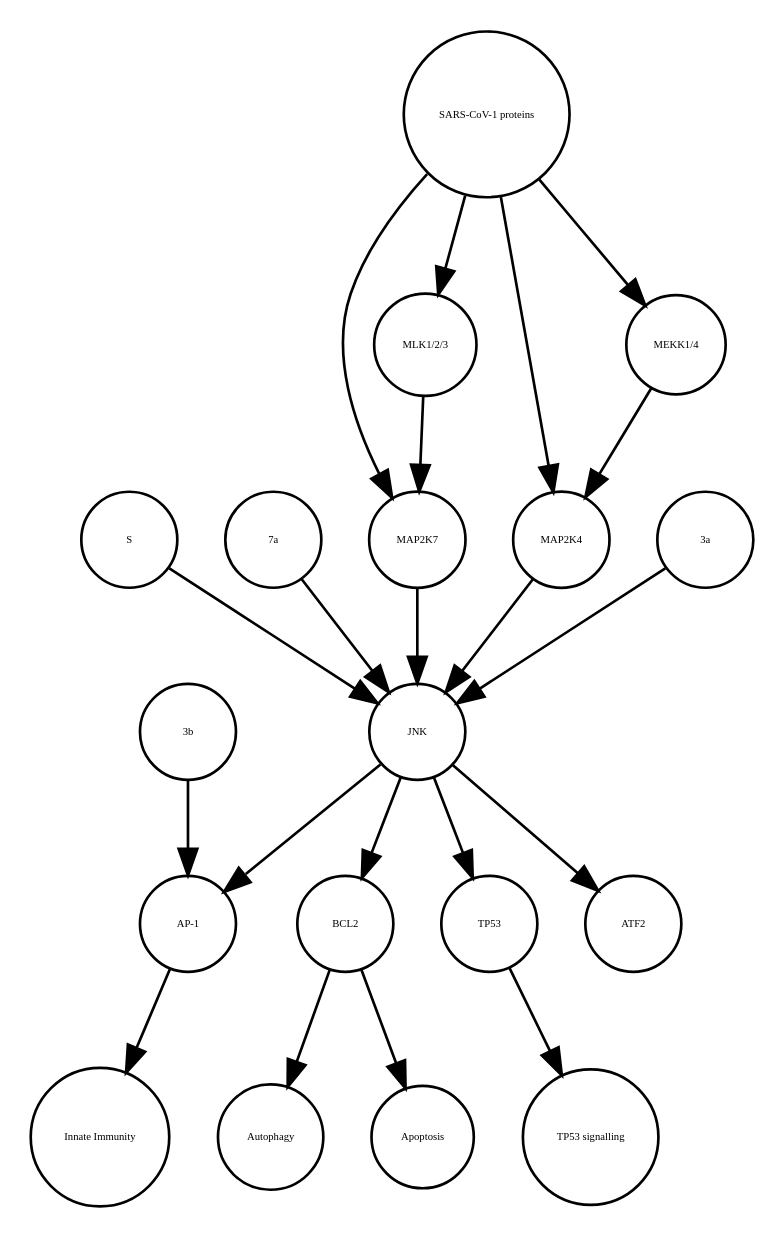
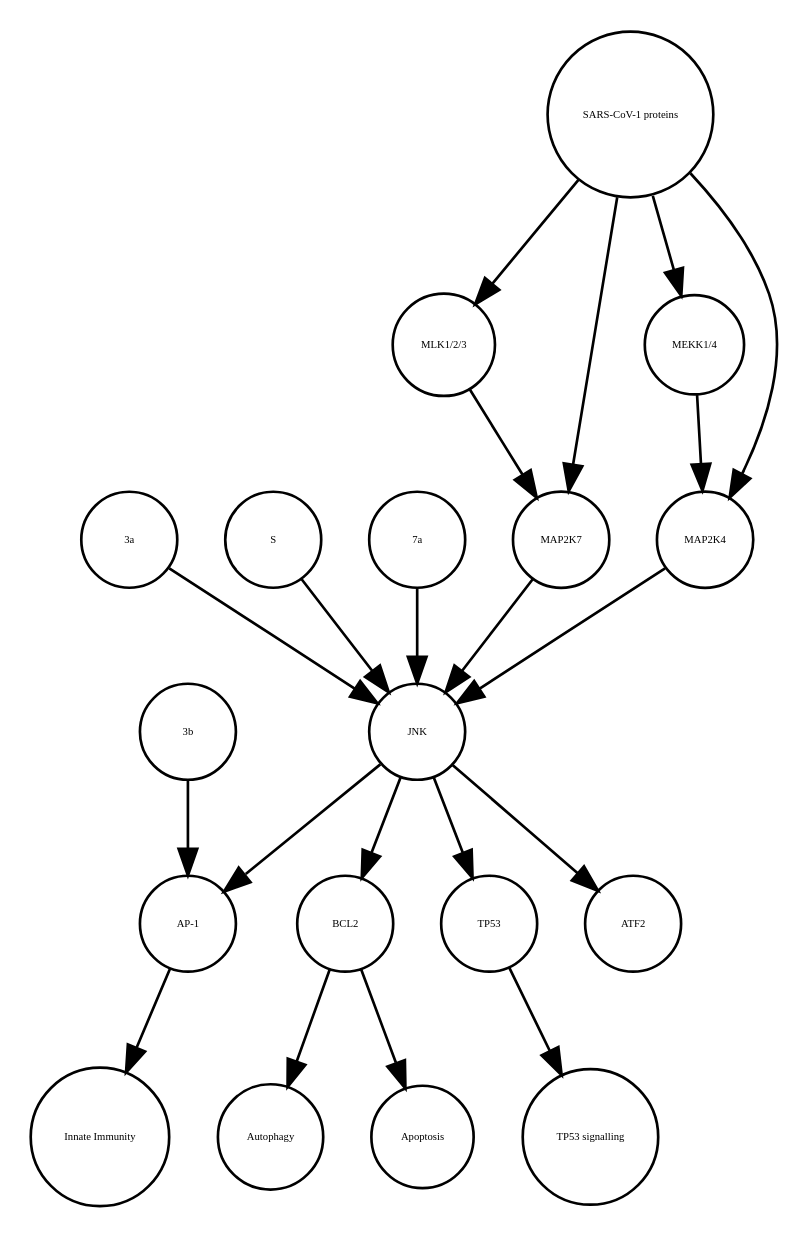
One commit to cannin/covid19-sbgn changed the diagram in JNK_pathway_stable.xml_projected.dot. Above: the diagram before and after it, drawn with Graphviz. The commit also changed other lines of this file and 564 other files, not shown here.

```diff
--- a/JNK_pathway_stable.xml_projected.dot
+++ b/JNK_pathway_stable.xml_projected.dot
@@ -1,40 +1,40 @@
 strict digraph  {
 BCL2 [annotation=urn_miriam_ncbigene_596, bipartite=0, cls=macromolecule, fontsize=4, label=BCL2, shape=circle];
 Autophagy [annotation="urn_miriam_obo.go_GO%3A0006914", bipartite=0, cls=phenotype, fontsize=4, label=Autophagy, shape=circle];
 "AP-1" [annotation="", bipartite=0, cls=complex, fontsize=4, label="AP-1", shape=circle];
 "Innate Immunity" [annotation="urn_miriam_obo.go_GO%3A0045087", bipartite=0, cls=phenotype, fontsize=4, label="Innate Immunity", shape=circle];
 TP53 [annotation=urn_miriam_ncbigene_7157, bipartite=0, cls=macromolecule, fontsize=4, label=TP53, shape=circle];
 "TP53 signalling" [annotation="urn_miriam_obo.go_GO%3A0072331", bipartite=0, cls=phenotype, fontsize=4, label="TP53 signalling", shape=circle];
 Apoptosis [annotation="urn_miriam_obo.go_GO%3A0006915", bipartite=0, cls=phenotype, fontsize=4, label=Apoptosis, shape=circle];
-S [annotation="", bipartite=0, cls=macromolecule, fontsize=4, label=S, shape=circle];
-"7a" [annotation="", bipartite=0, cls=macromolecule, fontsize=4, label="7a", shape=circle];
-MAP2K7 [annotation=urn_miriam_ncbigene_5609, bipartite=0, cls=macromolecule, fontsize=4, label=MAP2K7, shape=circle];
-"3a" [annotation="", bipartite=0, cls=macromolecule, fontsize=4, label="3a", shape=circle];
-MAP2K4 [annotation=urn_miriam_ncbigene_6416, bipartite=0, cls=macromolecule, fontsize=4, label=MAP2K4, shape=circle];
-"3b" [annotation="", bipartite=0, cls=macromolecule, fontsize=4, label="3b", shape=circle];
-"MEKK1/4" [annotation="", bipartite=0, cls=complex, fontsize=4, label="MEKK1/4", shape=circle];
 ATF2 [annotation=urn_miriam_ncbigene_1386, bipartite=0, cls=macromolecule, fontsize=4, label=ATF2, shape=circle];
 JNK [annotation="", bipartite=0, cls=complex, fontsize=4, label=JNK, shape=circle];
 "MLK1/2/3" [annotation="", bipartite=0, cls=complex, fontsize=4, label="MLK1/2/3", shape=circle];
+"3b" [annotation="", bipartite=0, cls=macromolecule, fontsize=4, label="3b", shape=circle];
+"3a" [annotation="", bipartite=0, cls=macromolecule, fontsize=4, label="3a", shape=circle];
+S [annotation="", bipartite=0, cls=macromolecule, fontsize=4, label=S, shape=circle];
+"MEKK1/4" [annotation="", bipartite=0, cls=complex, fontsize=4, label="MEKK1/4", shape=circle];
+"7a" [annotation="", bipartite=0, cls=macromolecule, fontsize=4, label="7a", shape=circle];
+MAP2K4 [annotation=urn_miriam_ncbigene_6416, bipartite=0, cls=macromolecule, fontsize=4, label=MAP2K4, shape=circle];
 "SARS-CoV-1 proteins" [annotation="", bipartite=0, cls=complex, fontsize=4, label="SARS-CoV-1 proteins", shape=circle];
+MAP2K7 [annotation=urn_miriam_ncbigene_5609, bipartite=0, cls=macromolecule, fontsize=4, label=MAP2K7, shape=circle];
 BCL2 -> Autophagy  [annotation="", interaction_type="necessary stimulation"];
 BCL2 -> Apoptosis  [annotation="", interaction_type=inhibition];
 "AP-1" -> "Innate Immunity"  [annotation="", interaction_type="necessary stimulation"];
 TP53 -> "TP53 signalling"  [annotation="", interaction_type="necessary stimulation"];
-S -> JNK  [annotation="urn_miriam_pubmed_17267381|urn_miriam_taxonomy_694009|urn_miriam_taxonomy_392815", interaction_type=stimulation];
-"7a" -> JNK  [annotation="urn_miriam_pubmed_17141229|urn_miriam_taxonomy_694009|urn_miriam_taxonomy_392815", interaction_type=stimulation];
-MAP2K7 -> JNK  [annotation="urn_miriam_pubmed_17141229|urn_miriam_taxonomy_694009|urn_miriam_taxonomy_392815", interaction_type=stimulation];
-"3a" -> JNK  [annotation="urn_miriam_pubmed_17141229|urn_miriam_taxonomy_694009|urn_miriam_taxonomy_392815", interaction_type=stimulation];
-MAP2K4 -> JNK  [annotation="urn_miriam_pubmed_17141229|urn_miriam_taxonomy_694009|urn_miriam_taxonomy_392815", interaction_type=stimulation];
-"3b" -> "AP-1"  [annotation="urn_miriam_pubmed_21561061|urn_miriam_taxonomy_694009", interaction_type=stimulation];
-"MEKK1/4" -> MAP2K4  [annotation="urn_miriam_pubmed_31226023|urn_miriam_taxonomy_694009|urn_miriam_taxonomy_392815", interaction_type=stimulation];
+JNK -> TP53  [annotation=urn_miriam_pubmed_9724739, interaction_type=stimulation];
 JNK -> "AP-1"  [annotation="urn_miriam_pubmed_21561061|urn_miriam_taxonomy_694009", interaction_type=stimulation];
 JNK -> BCL2  [annotation=urn_miriam_pubmed_10567572, interaction_type=stimulation];
-JNK -> TP53  [annotation=urn_miriam_pubmed_9724739, interaction_type=stimulation];
 JNK -> ATF2  [annotation=urn_miriam_pubmed_7824938, interaction_type=stimulation];
 "MLK1/2/3" -> MAP2K7  [annotation="urn_miriam_pubmed_31226023|urn_miriam_taxonomy_694009|urn_miriam_taxonomy_392815", interaction_type=stimulation];
+"3b" -> "AP-1"  [annotation="urn_miriam_pubmed_21561061|urn_miriam_taxonomy_694009", interaction_type=stimulation];
+"3a" -> JNK  [annotation="urn_miriam_pubmed_17141229|urn_miriam_taxonomy_694009|urn_miriam_taxonomy_392815", interaction_type=stimulation];
+S -> JNK  [annotation="urn_miriam_pubmed_17267381|urn_miriam_taxonomy_694009|urn_miriam_taxonomy_392815", interaction_type=stimulation];
+"MEKK1/4" -> MAP2K4  [annotation="urn_miriam_pubmed_31226023|urn_miriam_taxonomy_694009|urn_miriam_taxonomy_392815", interaction_type=stimulation];
+"7a" -> JNK  [annotation="urn_miriam_pubmed_17141229|urn_miriam_taxonomy_694009|urn_miriam_taxonomy_392815", interaction_type=stimulation];
+MAP2K4 -> JNK  [annotation="urn_miriam_pubmed_17141229|urn_miriam_taxonomy_694009|urn_miriam_taxonomy_392815", interaction_type=stimulation];
 "SARS-CoV-1 proteins" -> MAP2K7  [annotation="urn_miriam_pubmed_31226023|urn_miriam_taxonomy_694009|urn_miriam_taxonomy_392815", interaction_type=stimulation];
-"SARS-CoV-1 proteins" -> "MLK1/2/3"  [annotation="urn_miriam_taxonomy_694009|urn_miriam_pubmed_31226023|urn_miriam_taxonomy_392815", interaction_type=stimulation];
 "SARS-CoV-1 proteins" -> MAP2K4  [annotation="urn_miriam_pubmed_31226023|urn_miriam_taxonomy_694009|urn_miriam_taxonomy_392815", interaction_type=stimulation];
 "SARS-CoV-1 proteins" -> "MEKK1/4"  [annotation="urn_miriam_pubmed_31226023|urn_miriam_taxonomy_694009|urn_miriam_taxonomy_392815", interaction_type=stimulation];
+"SARS-CoV-1 proteins" -> "MLK1/2/3"  [annotation="urn_miriam_taxonomy_694009|urn_miriam_pubmed_31226023|urn_miriam_taxonomy_392815", interaction_type=stimulation];
+MAP2K7 -> JNK  [annotation="urn_miriam_pubmed_17141229|urn_miriam_taxonomy_694009|urn_miriam_taxonomy_392815", interaction_type=stimulation];
 }
```
